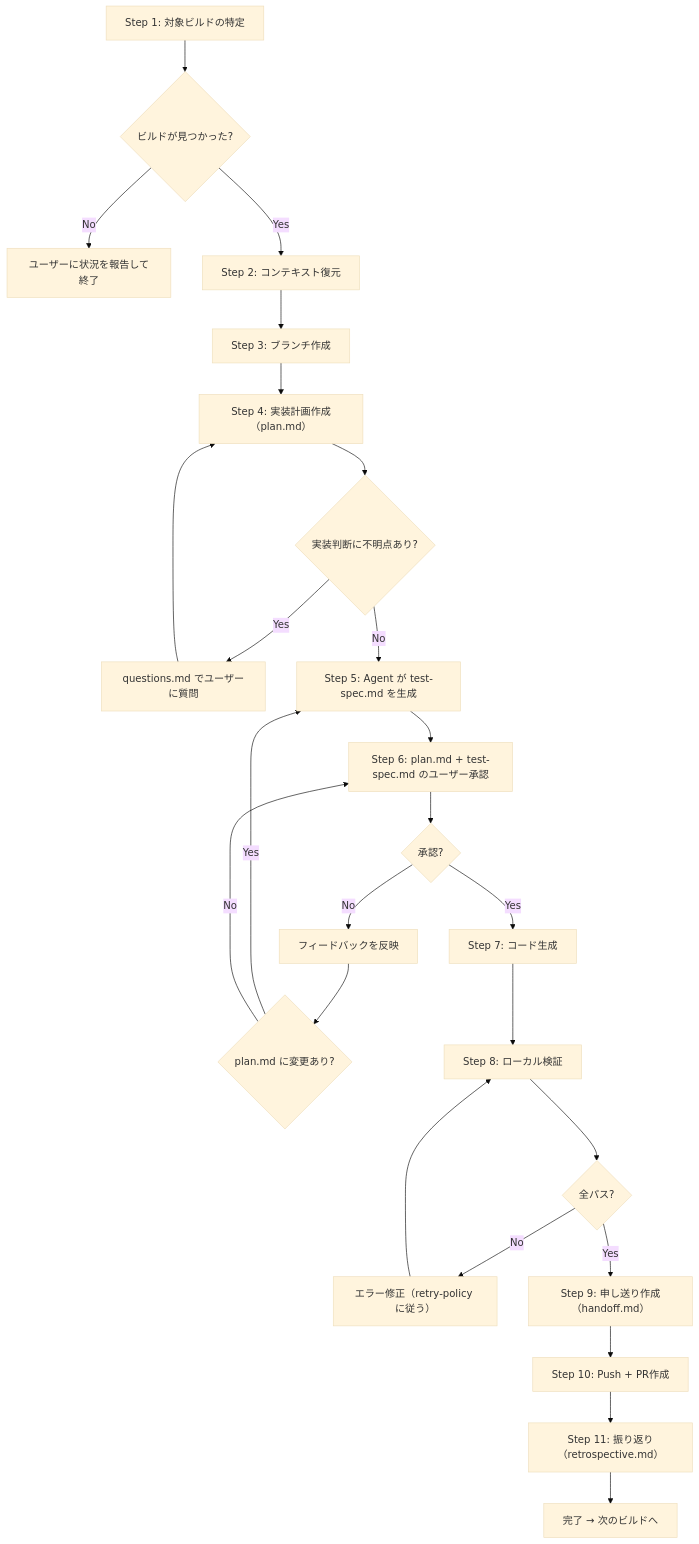
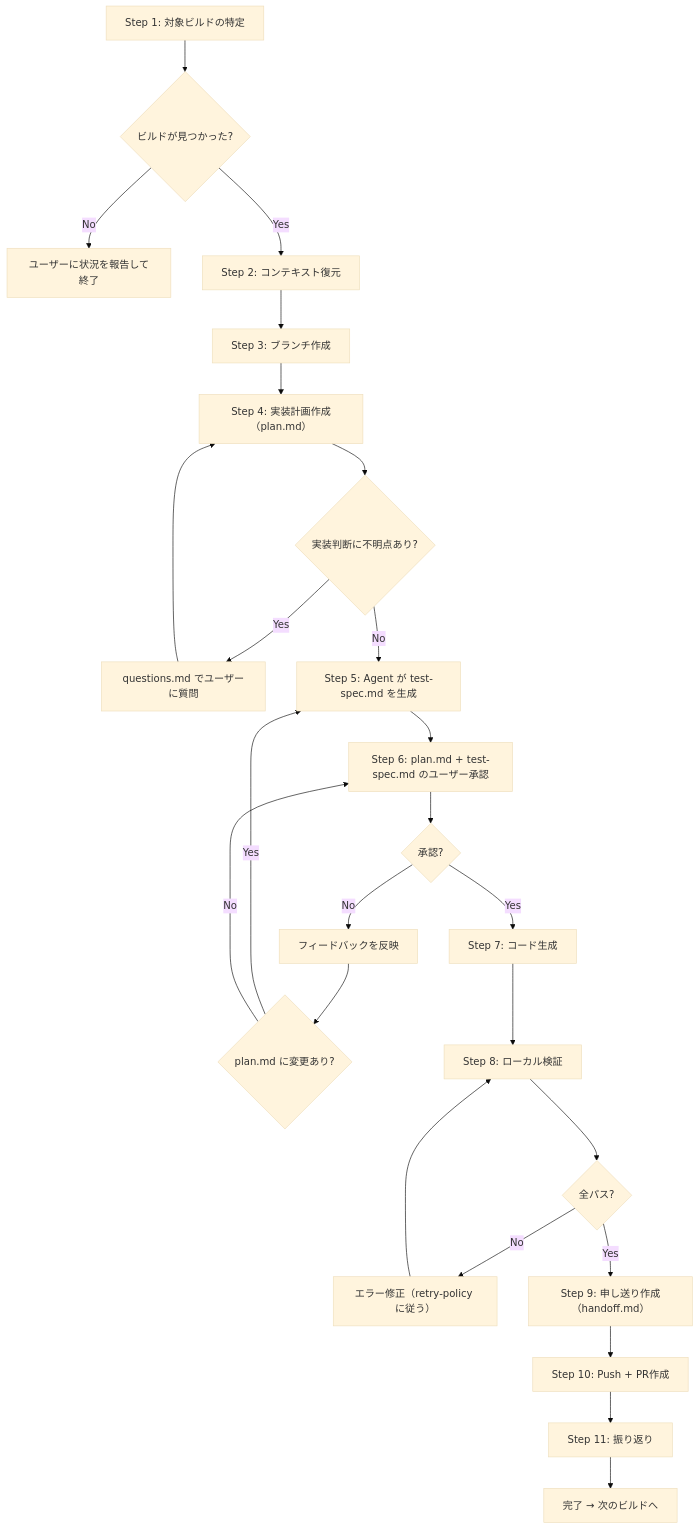
Before and after one commit to tak-solder/hikyaku: the diagram in skills/hikyaku-builder/SKILL.md, drawn with Mermaid (base theme). The commit also changed other lines of this file and 8 other files, not shown here.

````diff
--- a/skills/hikyaku-builder/SKILL.md
+++ b/skills/hikyaku-builder/SKILL.md
@@ -102,29 +102,29 @@
 ```mermaid
 flowchart TD
     S1["Step 1: 対象ビルドの特定"] --> S1a{"ビルドが見つかった?"}
     S1a -- No --> S1b["ユーザーに状況を報告して終了"]
     S1a -- Yes --> S2["Step 2: コンテキスト復元"]
     S2 --> S3["Step 3: ブランチ作成"]
     S3 --> S4["Step 4: 実装計画作成（plan.md）"]
 
     S4 --> S4a{"実装判断に不明点あり?"}
     S4a -- Yes --> S4b["questions.md でユーザーに質問"]
     S4b --> S4
     S4a -- No --> S5["Step 5: Agent が test-spec.md を生成"]
     S5 --> S6["Step 6: plan.md + test-spec.md のユーザー承認"]
 
     S6 --> S6a{"承認?"}
     S6a -- No --> S6b["フィードバックを反映"]
     S6b --> S6c{"plan.md に変更あり?"}
     S6c -- Yes --> S5
     S6c -- No --> S6
     S6a -- Yes --> S7["Step 7: コード生成"]
     S7 --> S8["Step 8: ローカル検証"]
     S8 --> S8a{"全パス?"}
     S8a -- No --> S8b["エラー修正（retry-policy に従う）"]
     S8b --> S8
     S8a -- Yes --> S9["Step 9: 申し送り作成（handoff.md）"]
     S9 --> S10["Step 10: Push + PR作成"]
-    S10 --> S11["Step 11: 振り返り（retrospective.md）"]
+    S10 --> S11["Step 11: 振り返り"]
     S11 --> Done["完了 → 次のビルドへ"]
 ```
````
